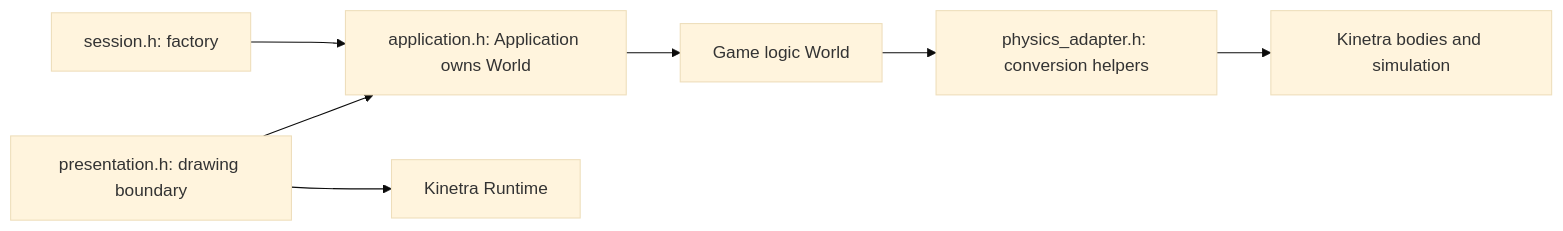
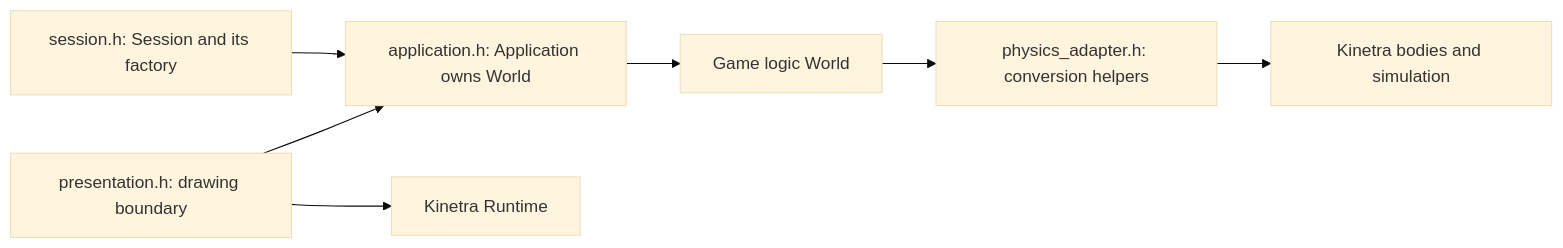
The diagram in labs/dotio/include/README.md (SMB-M87/Kinetra-Lab), drawn with Mermaid (base theme) before and after one commit. The commit also changed other lines of this file and 12 other files, not shown here.

````diff
--- a/labs/dotio/include/README.md
+++ b/labs/dotio/include/README.md
@@ -17,9 +17,9 @@
 ```mermaid
 flowchart LR
-    Session["session.h: factory"] --> Application["application.h: Application owns World"]
+    Session["session.h: Session and its factory"] --> Application["application.h: Application owns World"]
     Presentation["presentation.h: drawing boundary"] --> Application
     Presentation --> Runtime["Kinetra Runtime"]
     World["Game logic World"] --> Adapter["physics_adapter.h: conversion helpers"]
     Adapter --> Simulation["Kinetra bodies and simulation"]
     Application --> World
 ```
````
